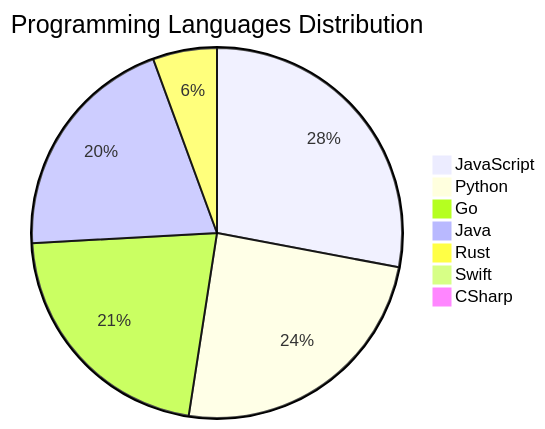
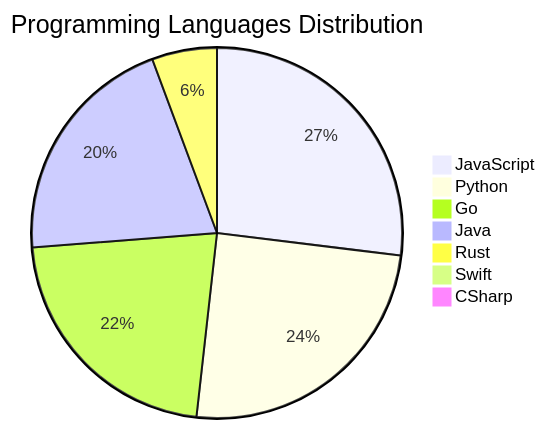
Before and after one commit to Derrick-MUGISHA/github-activity-bot: the diagram in README.md, drawn with Mermaid. The commit also changed other lines of this file and 4 other files, not shown here.

````diff
--- a/README.md
+++ b/README.md
@@ -207,10 +207,10 @@
 ```mermaid
 pie title Programming Languages Distribution
-    "JavaScript" : 40
+    "JavaScript" : 38
     "Python" : 35
     "Go" : 31
     "Java" : 29
     "Rust" : 8
     "Swift" : 1
     "CSharp" : 1
 ```
````
